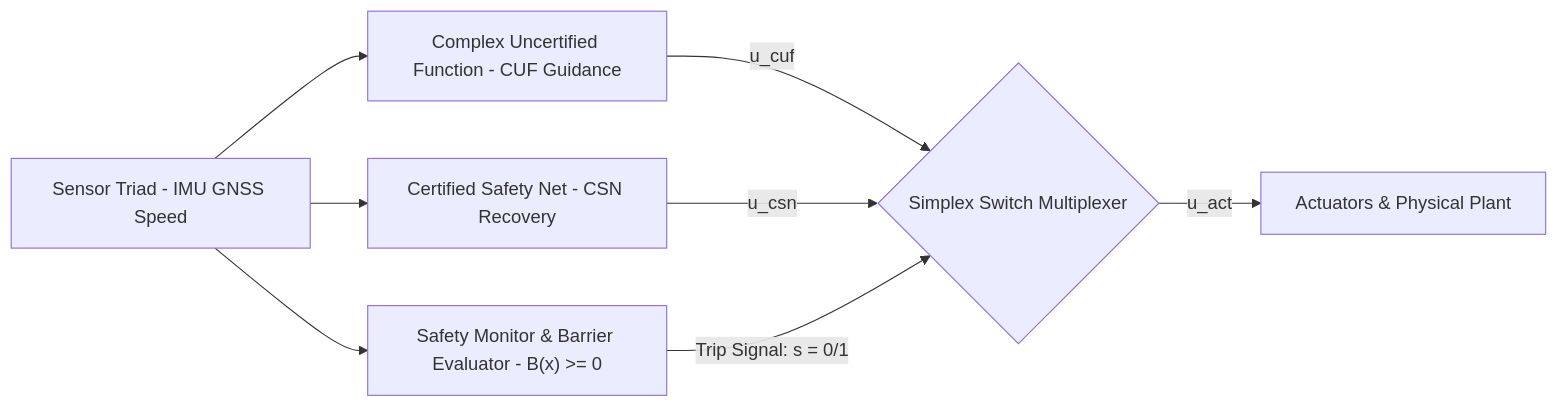
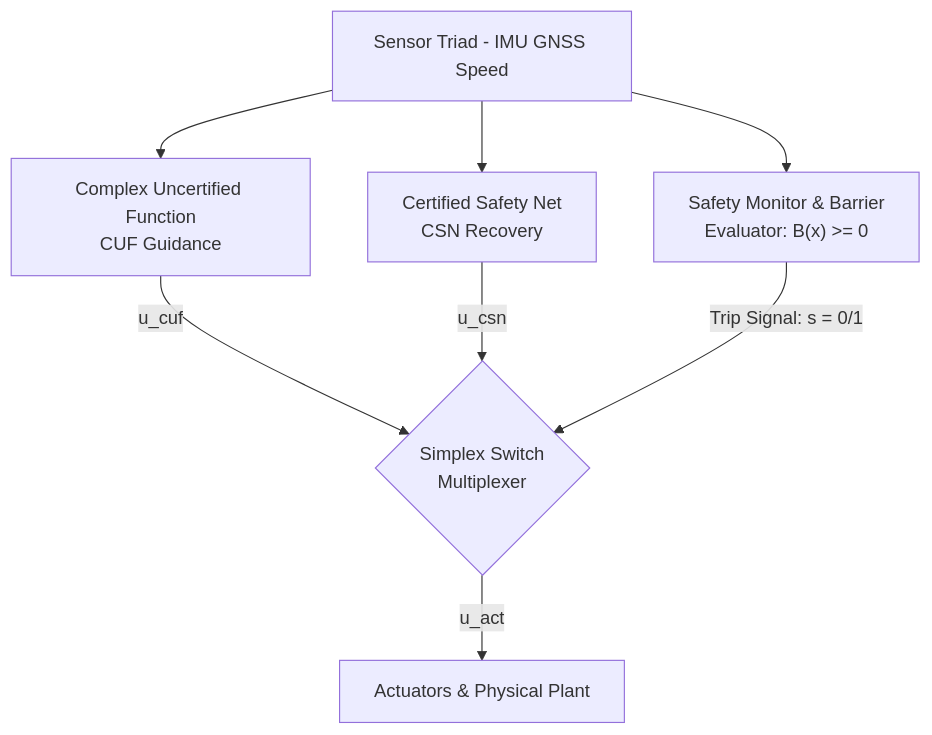
The seventh of 11 diagrams in docs/architecture/blueprints/DEAP_DETERMINISTIC_SAFETY_SPECIFICATION_COMPILER_BLUEPRINT.md (gintatkinson/DEAP01-spec-core), drawn with Mermaid before and after one commit. The commit also changed other lines of this file and 28 other files, not shown here.

````diff
--- a/docs/architecture/blueprints/DEAP_DETERMINISTIC_SAFETY_SPECIFICATION_COMPILER_BLUEPRINT.md
+++ b/docs/architecture/blueprints/DEAP_DETERMINISTIC_SAFETY_SPECIFICATION_COMPILER_BLUEPRINT.md
@@ -599,12 +612,12 @@
 ```mermaid
-flowchart LR
-    Sensors["Sensor Triad - IMU GNSS Speed"] --> CUF["Complex Uncertified Function - CUF Guidance"]
-    Sensors --> CSN["Certified Safety Net - CSN Recovery"]
-    Sensors --> Monitor["Safety Monitor & Barrier Evaluator - B(x) >= 0"]
+flowchart TD
+    Sensors["Sensor Triad - IMU GNSS Speed"] --> CUF["Complex Uncertified Function<br/>CUF Guidance"]
+    Sensors --> CSN["Certified Safety Net<br/>CSN Recovery"]
+    Sensors --> Monitor["Safety Monitor & Barrier<br/>Evaluator: B(x) >= 0"]
 
-    CUF -->|"u_cuf"| Switch{"Simplex Switch Multiplexer"}
+    CUF -->|"u_cuf"| Switch{"Simplex Switch<br/>Multiplexer"}
     CSN -->|"u_csn"| Switch
     Monitor -->|"Trip Signal: s = 0/1"| Switch
 
     Switch -->|"u_act"| Plant["Actuators & Physical Plant"]
 ```
````
